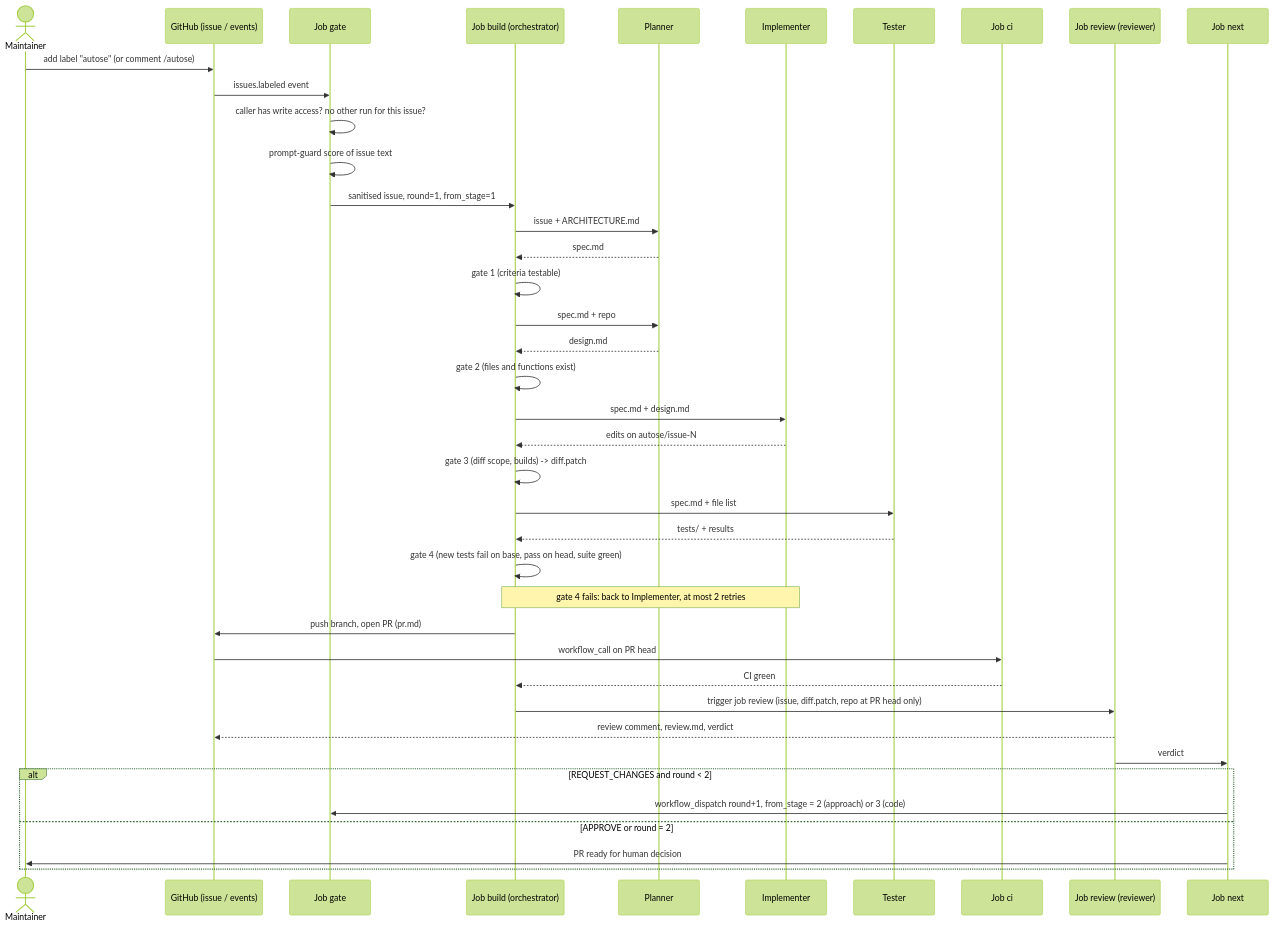
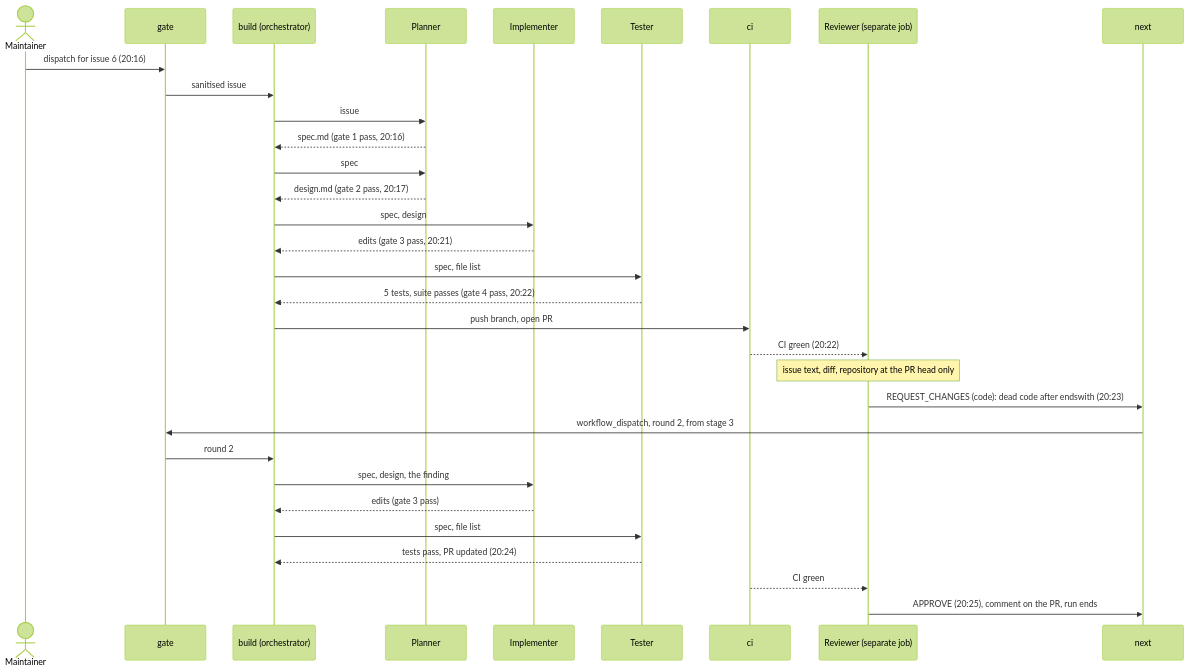
One commit to Ekansh0301/tinydb changed the diagram in architecture/views/sequence.md. Above: the diagram before and after it, drawn with Mermaid (forest theme). The commit also changed other lines of this file and 4 other files, not shown here.

Commit message:
Views: real sequence from the issue 6 run, final model assignment; report appendix

````diff
--- a/architecture/views/sequence.md
+++ b/architecture/views/sequence.md
@@ -5,43 +8,35 @@
 ```mermaid
 sequenceDiagram
     actor M as Maintainer
-    participant GH as GitHub (issue / events)
-    participant G as Job gate
-    participant B as Job build (orchestrator)
+    participant G as gate
+    participant B as build (orchestrator)
     participant P as Planner
     participant I as Implementer
     participant T as Tester
-    participant C as Job ci
-    participant R as Job review (reviewer)
-    participant N as Job next
+    participant C as ci
+    participant R as Reviewer (separate job)
+    participant N as next
 
-    M->>GH: add label "autose" (or comment /autose)
-    GH->>G: issues.labeled event
-    G->>G: caller has write access? no other run for this issue?
-    G->>G: prompt-guard score of issue text
-    G->>B: sanitised issue, round=1, from_stage=1
-    B->>P: issue + ARCHITECTURE.md
-    P-->>B: spec.md
-    B->>B: gate 1 (criteria testable)
-    B->>P: spec.md + repo
-    P-->>B: design.md
-    B->>B: gate 2 (files and functions exist)
-    B->>I: spec.md + design.md
-    I-->>B: edits on autose/issue-N
-    B->>B: gate 3 (diff scope, builds) -> diff.patch
-    B->>T: spec.md + file list
-    T-->>B: tests/ + results
-    B->>B: gate 4 (new tests fail on base, pass on head, suite green)
-    Note over B,I: gate 4 fails: back to Implementer, at most 2 retries
-    B->>GH: push branch, open PR (pr.md)
-    GH->>C: workflow_call on PR head
-    C-->>B: CI green
-    B->>R: trigger job review (issue, diff.patch, repo at PR head only)
-    R-->>GH: review comment, review.md, verdict
-    R->>N: verdict
-    alt REQUEST_CHANGES and round < 2
-        N->>G: workflow_dispatch round+1, from_stage = 2 (approach) or 3 (code)
-    else APPROVE or round = 2
-        N->>M: PR ready for human decision
-    end
+    M->>G: dispatch for issue 6 (20:16)
+    G->>B: sanitised issue
+    B->>P: issue
+    P-->>B: spec.md (gate 1 pass, 20:16)
+    B->>P: spec
+    P-->>B: design.md (gate 2 pass, 20:17)
+    B->>I: spec, design
+    I-->>B: edits (gate 3 pass, 20:21)
+    B->>T: spec, file list
+    T-->>B: 5 tests, suite passes (gate 4 pass, 20:22)
+    B->>C: push branch, open PR
+    C-->>R: CI green (20:22)
+    Note over R: issue text, diff, repository at the PR head only
+    R->>N: REQUEST_CHANGES (code): dead code after endswith (20:23)
+    N->>G: workflow_dispatch, round 2, from stage 3
+    G->>B: round 2
+    B->>I: spec, design, the finding
+    I-->>B: edits (gate 3 pass)
+    B->>T: spec, file list
+    T-->>B: tests pass, PR updated (20:24)
+    C-->>R: CI green
+    R->>N: APPROVE (20:25), comment on the PR, run ends
 ```
````
